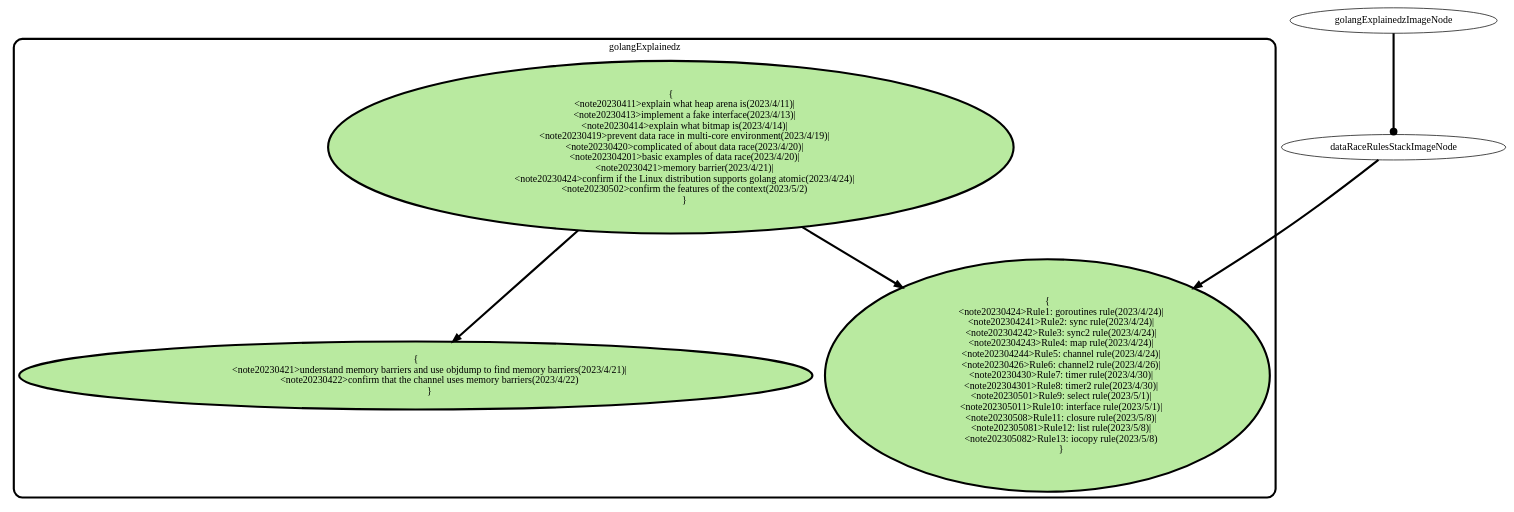
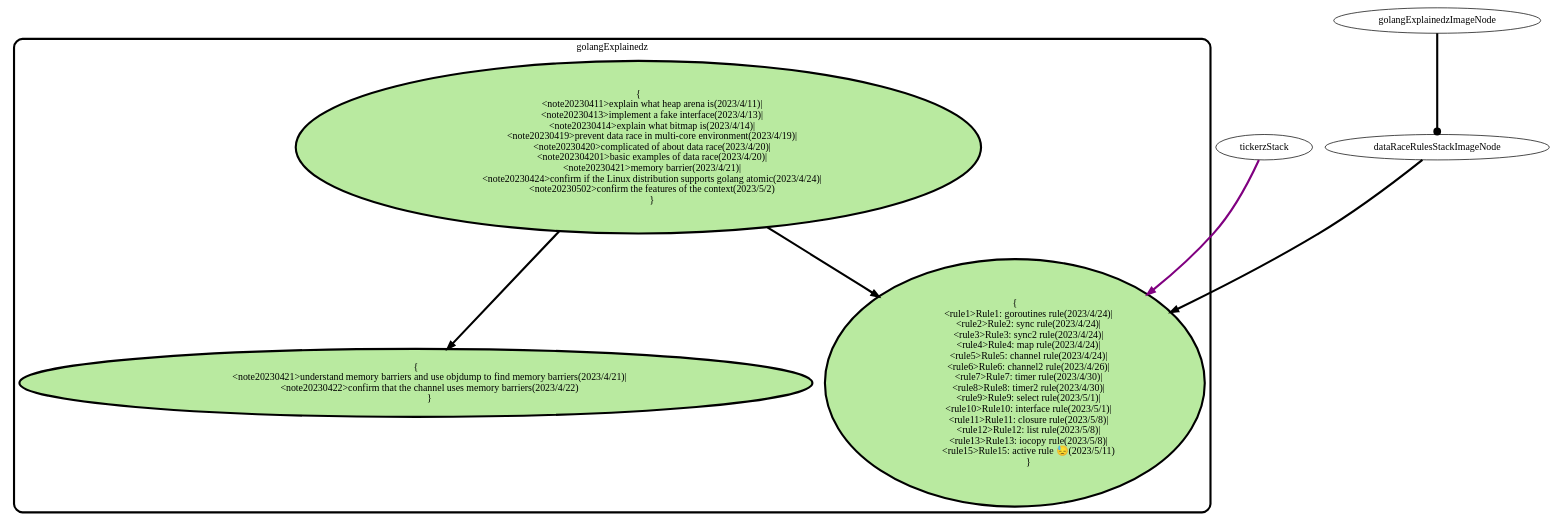
The diagram in roadmap/subRoadmaps/07golangNode.dot (panhongrainbow/panhongrainbow.github.io), drawn with Graphviz before and after one commit. The commit also changed 3 other files, not shown here.

First line of the commit message:
[roadmap] records work on May 11, 2023 🧐.

```diff
--- a/roadmap/subRoadmaps/07golangNode.dot
+++ b/roadmap/subRoadmaps/07golangNode.dot
@@ -1,44 +1,48 @@
 digraph SubRoadmap {
     // (7) golang node
     subgraph cluster_golang_explain {
         style=rounded;
         penwidth=3;
         label="golangExplainedz";
         node [style=filled, penwidth=3, fillcolor="#B9EAA0"];
         golangExplainStack [label="{
             <note20230411>explain what heap arena is(2023/4/11)|
             <note20230413>implement a fake interface(2023/4/13)|
             <note20230414>explain what bitmap is(2023/4/14)|
             <note20230419>prevent data race in multi-core environment(2023/4/19)|
             <note20230420>complicated of about data race(2023/4/20)|
             <note202304201>basic examples of data race(2023/4/20)|
             <note20230421>memory barrier(2023/4/21)|
             <note20230424>confirm if the Linux distribution supports golang atomic(2023/4/24)|
             <note20230502>confirm the features of the context(2023/5/2)
             }", height=1];
         memoryBarrieStack [label="{
             <note20230421>understand memory barriers and use objdump to find memory barriers(2023/4/21)|
             <note20230422>confirm that the channel uses memory barriers(2023/4/22)
             }", height=1];
         dataRaceRulesStack [label="{
-            <note20230424>Rule1: goroutines rule(2023/4/24)|
-            <note202304241>Rule2: sync rule(2023/4/24)|
-            <note202304242>Rule3: sync2 rule(2023/4/24)|
-            <note202304243>Rule4: map rule(2023/4/24)|
-            <note202304244>Rule5: channel rule(2023/4/24)|
-            <note20230426>Rule6: channel2 rule(2023/4/26)|
-            <note20230430>Rule7: timer rule(2023/4/30)|
-            <note202304301>Rule8: timer2 rule(2023/4/30)|
-            <note20230501>Rule9: select rule(2023/5/1)|
-            <note202305011>Rule10: interface rule(2023/5/1)|
-            <note20230508>Rule11: closure rule(2023/5/8)|
-            <note202305081>Rule12: list rule(2023/5/8)|
-            <note202305082>Rule13: iocopy rule(2023/5/8)
+            <rule1>Rule1: goroutines rule(2023/4/24)|
+            <rule2>Rule2: sync rule(2023/4/24)|
+            <rule3>Rule3: sync2 rule(2023/4/24)|
+            <rule4>Rule4: map rule(2023/4/24)|
+            <rule5>Rule5: channel rule(2023/4/24)|
+            <rule6>Rule6: channel2 rule(2023/4/26)|
+            <rule7>Rule7: timer rule(2023/4/30)|
+            <rule8>Rule8: timer2 rule(2023/4/30)|
+            <rule9>Rule9: select rule(2023/5/1)|
+            <rule10>Rule10: interface rule(2023/5/1)|
+            <rule11>Rule11: closure rule(2023/5/8)|
+            <rule12>Rule12: list rule(2023/5/8)|
+            <rule13>Rule13: iocopy rule(2023/5/8)|
+            <rule15>Rule15: active rule 😓(2023/5/11)
             }", height=1];
     }
+    // feedback
+    tickerzStack:note20230511 -> dataRaceRulesStack:rule15 [penwidth=3,color=purple];
 
+    // inner node
     golangExplainedzImageNode -> dataRaceRulesStackImageNode  [penwidth=3,arrowhead=dot];
     dataRaceRulesStackImageNode -> dataRaceRulesStack [penwidth=3];
     golangExplainStack:note20230420 -> dataRaceRulesStack [penwidth=3];
     golangExplainStack:note20230421 -> memoryBarrieStack [penwidth=3];
 /*end*/}
```
